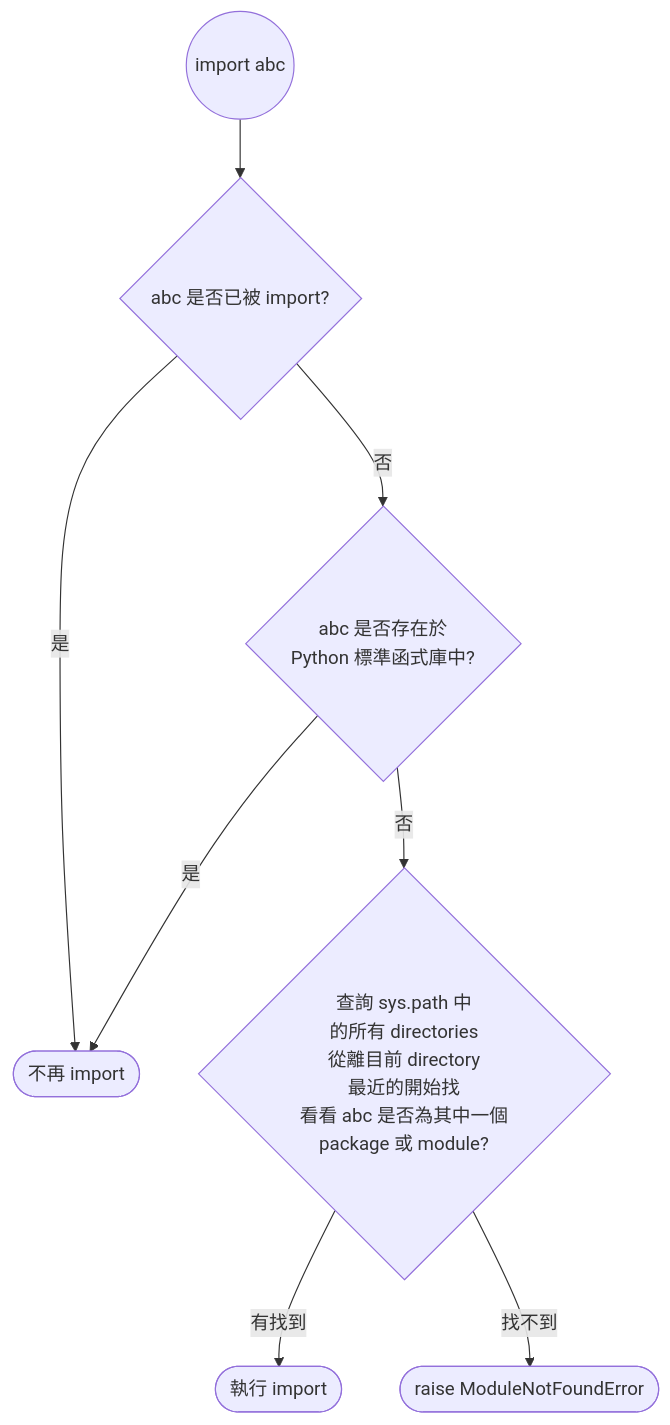
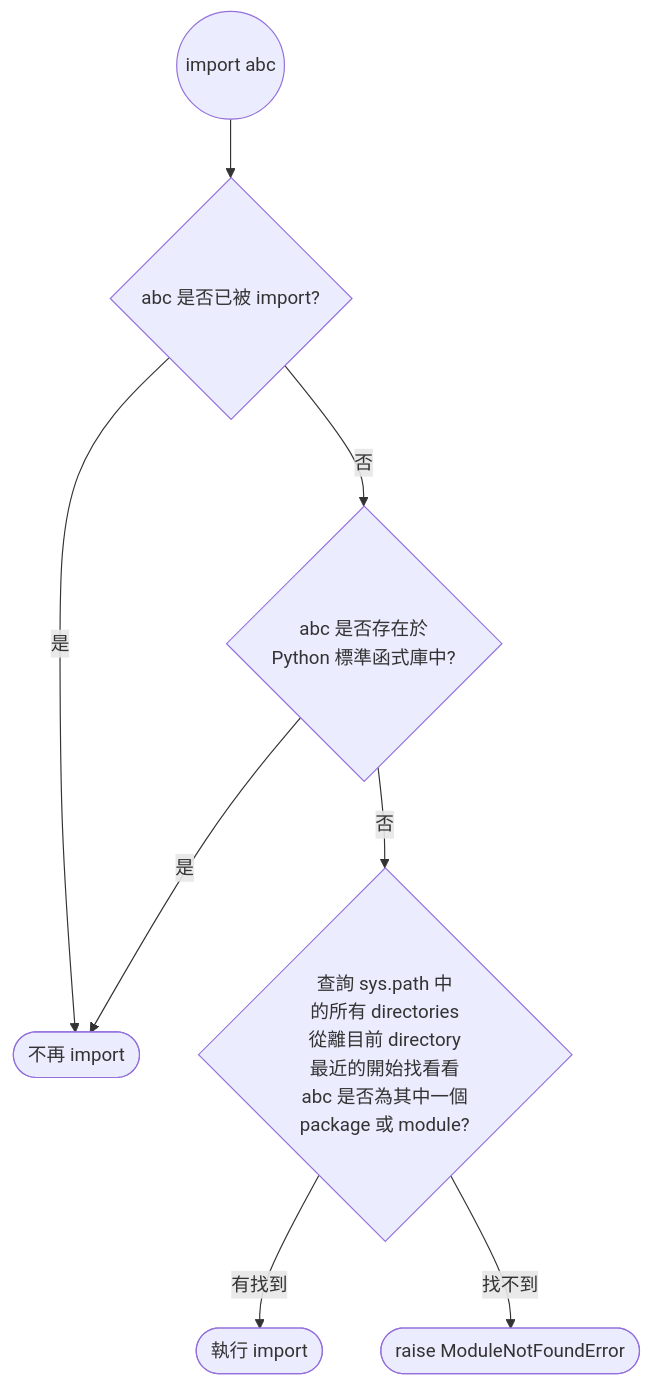
One commit to bingyangchen/KM-software changed the diagram in Programming Language/Python/import.md. Above: the diagram before and after it, drawn with Mermaid. The commit also changed 32 other files, not shown here.

````diff
--- a/Programming Language/Python/import.md
+++ b/Programming Language/Python/import.md
@@ -11,17 +11,17 @@
 ```mermaid
 flowchart TD
     id1((import abc))
     id2{abc 是否已被 import?}
     id3([不再 import])
-    id4{abc 是否存在於\nPython 標準函式庫中?}
-    id5{查詢 sys.path 中\n的所有 directories\n從離目前 directory\n最近的開始找\n看看 abc 是否為其中一個\npackage 或 module?}
+    id4{abc 是否存在於<br/>Python 標準函式庫中?}
+    id5{查詢 sys.path 中<br/>的所有 directories<br/>從離目前 directory<br/>最近的開始找看看<br/>abc 是否為其中一個<br/>package 或 module?}
     id6([執行 import])
     id7([raise ModuleNotFoundError])
     id1 --> id2
     id2 --是--> id3
     id2 --否--> id4
     id4 --是--> id3
     id4 --否--> id5
     id5 --有找到--> id6
     id5 --找不到--> id7
 ```
````
